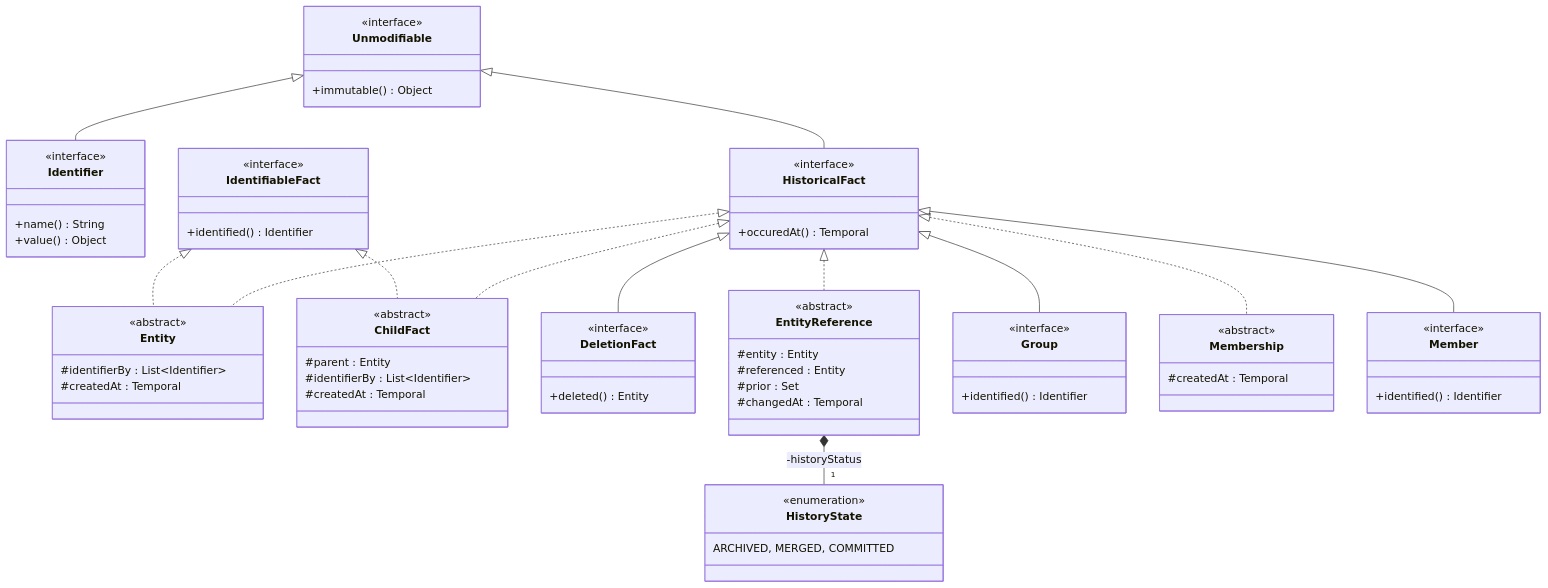
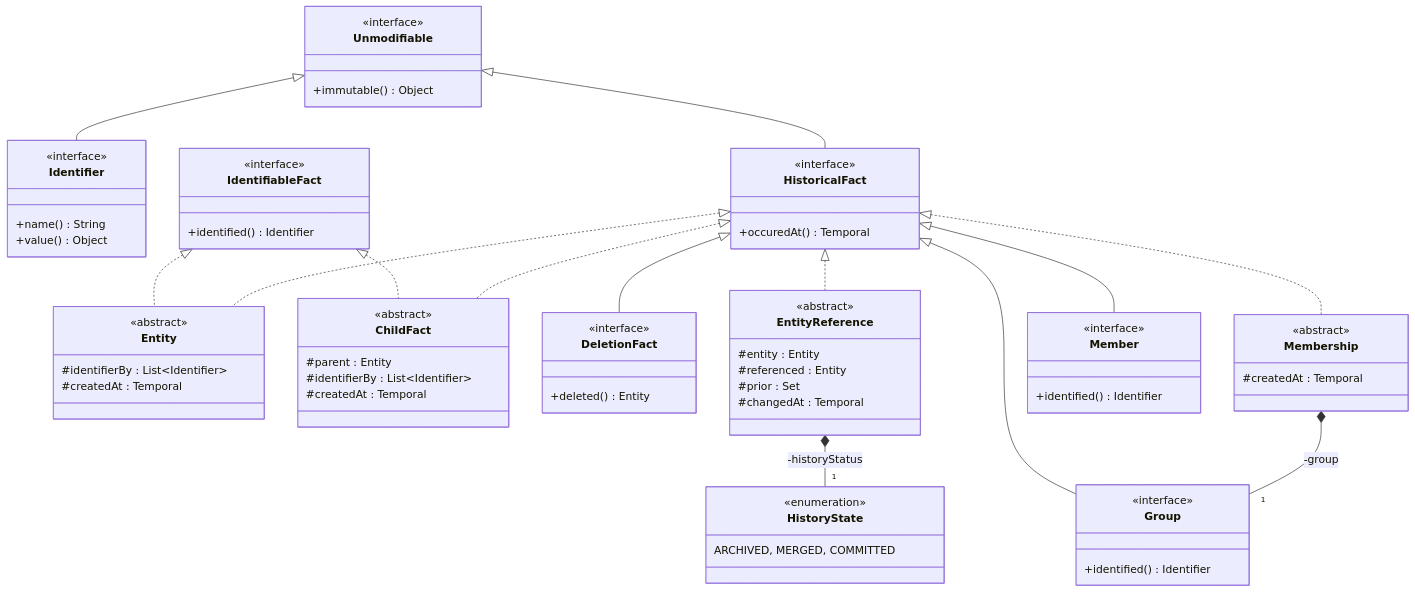
Before and after one commit to cybnity/foundation: the diagram in implementations-line/framework/immutable/README.md, drawn with Mermaid.

````diff
--- a/implementations-line/framework/immutable/README.md
+++ b/implementations-line/framework/immutable/README.md
@@ -27,71 +27,72 @@
 ```mermaid
 classDiagram
     Unmodifiable <|-- Identifier
     IdentifiableFact <|.. Entity
     HistoricalFact <|.. Entity
     IdentifiableFact <|.. ChildFact
     Unmodifiable <|-- HistoricalFact
     HistoricalFact <|.. ChildFact
     HistoricalFact <|-- DeletionFact
     HistoricalFact <|.. EntityReference
     EntityReference *-- "1" HistoryState : -historyStatus
     HistoricalFact <|-- Group
     HistoricalFact <|.. Membership
     HistoricalFact <|-- Member
+    Membership *-- "1" Group : -group
 
     class HistoricalFact {
         <<interface>>
         +occuredAt() Temporal
     }
     class IdentifiableFact {
         <<interface>>
         +identified() Identifier
     }
     class Entity {
         <<abstract>>
         #identifierBy : List~Identifier~
         #createdAt : Temporal
     }
     class ChildFact {
         <<abstract>>
         #parent : Entity
         #identifierBy : List~Identifier~
         #createdAt : Temporal
     }
     class DeletionFact {
         <<interface>>
         +deleted() Entity
     }
     class Unmodifiable {
         <<interface>>
         +immutable() Object
     }
     class Identifier {
         <<interface>>
         +name() String
         +value() Object
     }
     class HistoryState {
         <<enumeration>>
         ARCHIVED, MERGED, COMMITTED
     }
     class EntityReference {
         <<abstract>>
         #entity : Entity
         #referenced : Entity
         #prior : Set<EntityReference>
         #changedAt : Temporal
     }
     class Group {
         <<interface>>
         +identified() Identifier
     }
     class Member {
         <<interface>>
         +identified() Identifier
     }
     class Membership {
         <<abstract>>
         #createdAt : Temporal
     }
 ```
````
